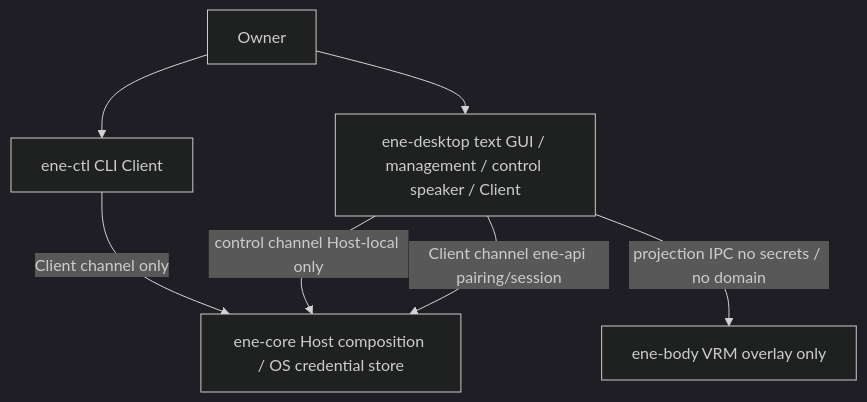
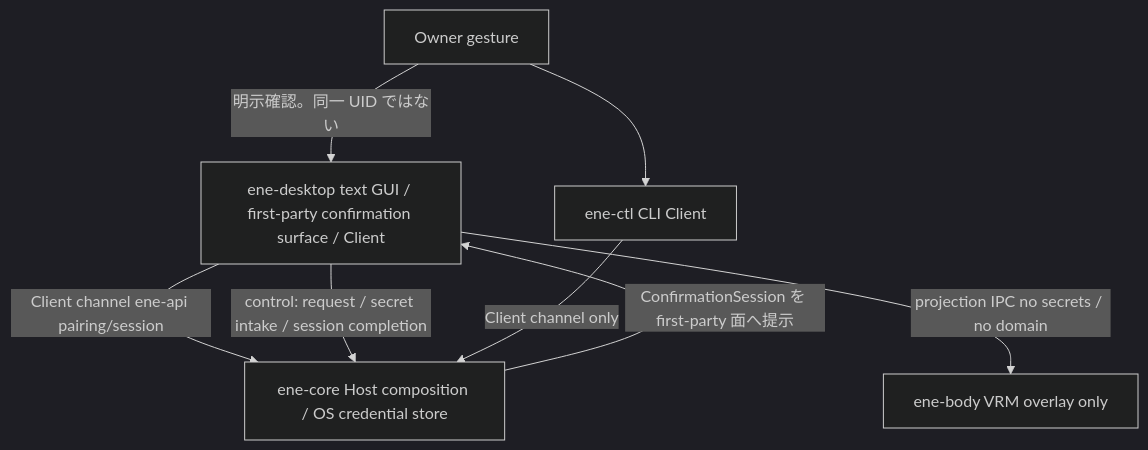
One commit to pexisgle/ene changed the first of 2 diagrams in docs/design/concrete/first-party-desktop.md. Above: the diagram before and after it, drawn with Mermaid (dark theme). The commit also changed other lines of this file and 6 other files, not shown here.

First line of the commit message:
docs(stage7): tighten A0 owner confirmation and provisional deps

````diff
--- a/docs/design/concrete/first-party-desktop.md
+++ b/docs/design/concrete/first-party-desktop.md
@@ -35,15 +36,16 @@
 ```mermaid
 flowchart TB
-  owner[Owner]
-  desktop["ene-desktop text GUI / management / control speaker / Client"]
+  owner[Owner gesture]
+  desktop["ene-desktop text GUI / first-party confirmation surface / Client"]
   body["ene-body VRM overlay only"]
   host["ene-core Host composition / OS credential store"]
   ctl["ene-ctl CLI Client"]
 
-  owner --> desktop
+  owner -->|"明示確認。同一 UID ではない"| desktop
   owner --> ctl
   desktop -->|"Client channel ene-api pairing/session"| host
-  desktop -->|"control channel Host-local only"| host
+  desktop -->|"control: request / secret intake / session completion"| host
+  host -->|"ConfirmationSession を first-party 面へ提示"| desktop
   desktop -->|"projection IPC no secrets / no domain"| body
   ctl -->|"Client channel only"| host
 ```
````
